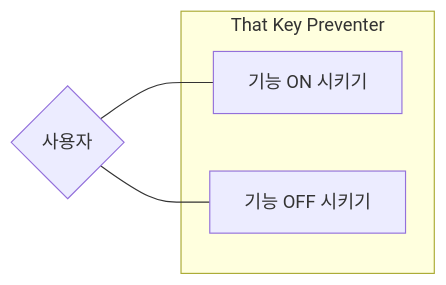
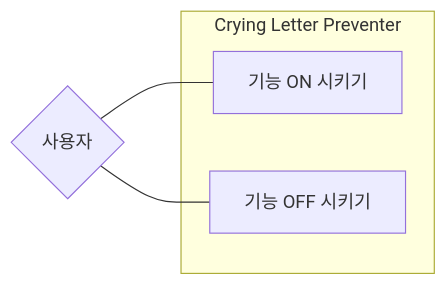
Before and after one commit to sarifor/crying-letter-preventer: the diagram in docs/2. 설계/2.2 소프트웨어 설계/내부 설계/비즈니스 로직 프로그램 설계/유스케이스 다이어그램.md, drawn with Mermaid. The commit also changed 3 other files, not shown here.

````diff
--- a/docs/2. 설계/2.2 소프트웨어 설계/내부 설계/비즈니스 로직 프로그램 설계/유스케이스 다이어그램.md
+++ b/docs/2. 설계/2.2 소프트웨어 설계/내부 설계/비즈니스 로직 프로그램 설계/유스케이스 다이어그램.md
@@ -3,14 +3,14 @@
 ```mermaid
 flowchart LR
 
 A{사용자}
 
 A --- B[기능 ON 시키기]
 A --- C[기능 OFF 시키기]
 
-subgraph That Key Preventer
+subgraph Crying Letter Preventer
   B
   C
 end
 
 ```
````
